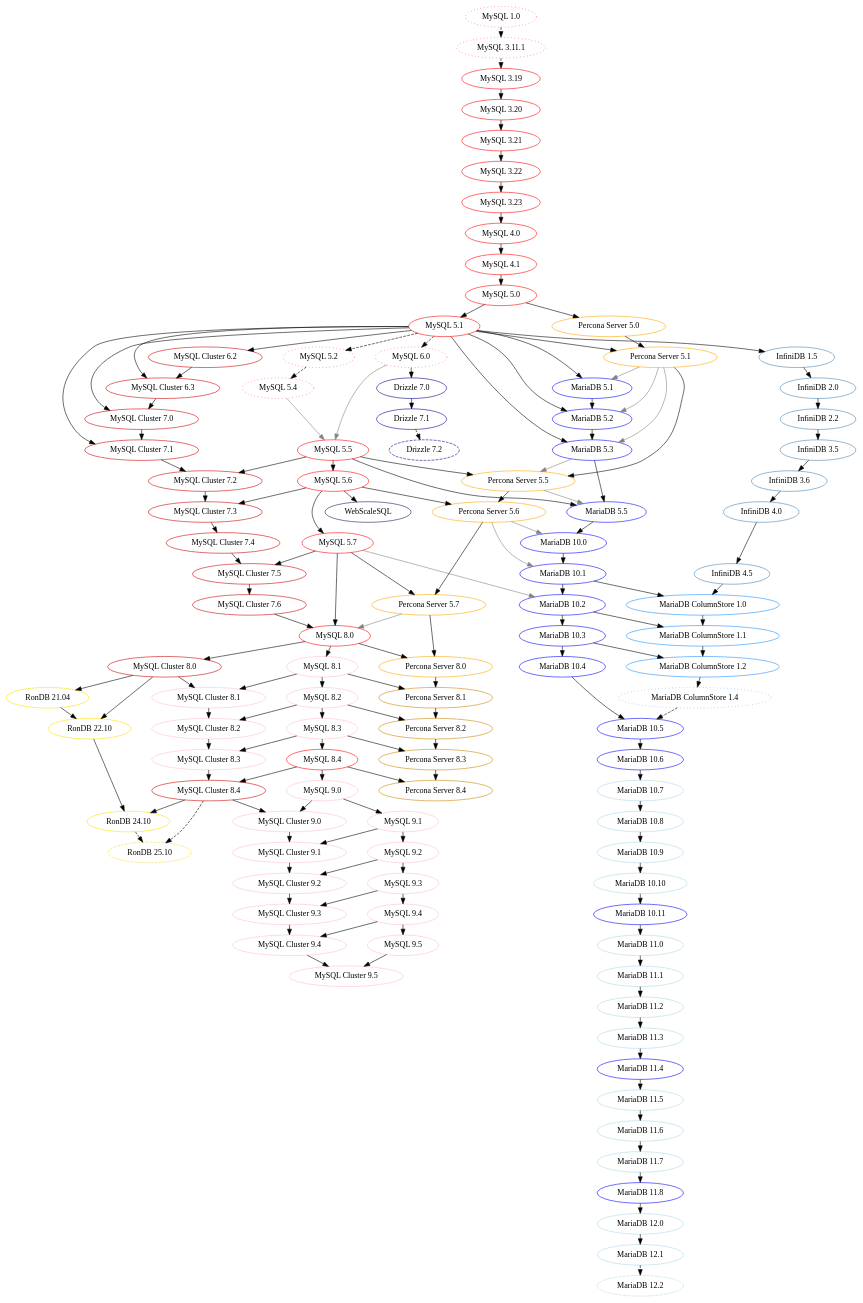
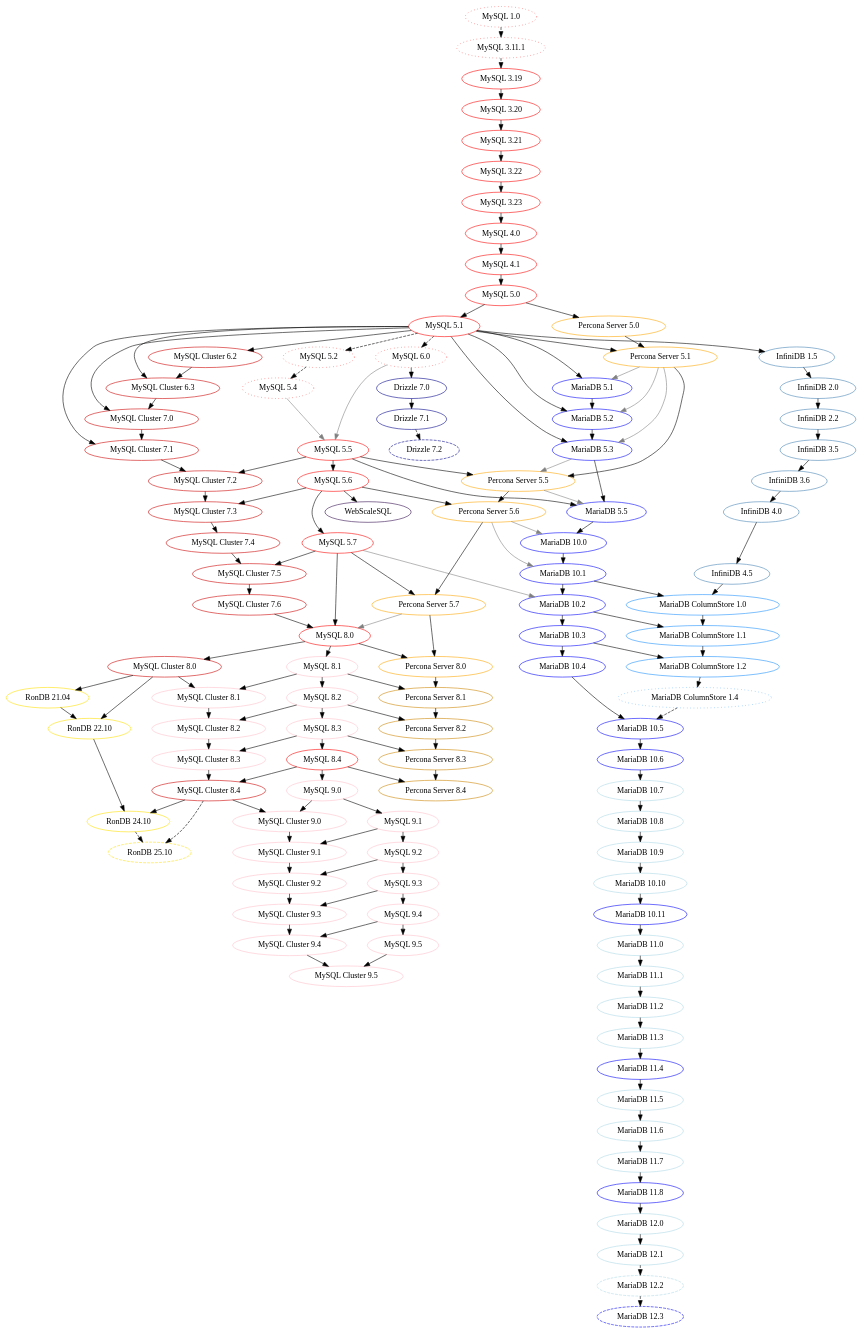
Before and after one commit to dveeden/mysql-history-graph: the diagram in mysql-history-graph.dot, drawn with Graphviz. The commit also changed 2 other files, not shown here.

Commit message:
Add MariaDB 12.3
https://mariadb.org/mariadb-12-3-preview-available/

```diff
--- a/mysql-history-graph.dot
+++ b/mysql-history-graph.dot
@@ -183,6 +183,7 @@
 	"MariaDB 12.0" [color="lightblue"];
 	"MariaDB 12.1" [color="lightblue"];
 	"MariaDB 12.2" [color="lightblue", style="dashed"];
+	"MariaDB 12.3" [color="blue", style="dashed"];
 
 	"MySQL 5.1" -> "MariaDB 5.1";
 	"Percona Server 5.1" -> "MariaDB 5.1" [color="grey"]; // XtraDB
@@ -230,6 +231,7 @@
 	"MariaDB 11.8" -> "MariaDB 12.0";
 	"MariaDB 12.0" -> "MariaDB 12.1";
 	"MariaDB 12.1" -> "MariaDB 12.2" [style="dashed"];
+	"MariaDB 12.2" -> "MariaDB 12.3" [style="dashed"];
 
     /* InfiniDB */
     "InfiniDB 1.5" [color="steelblue"];
```
